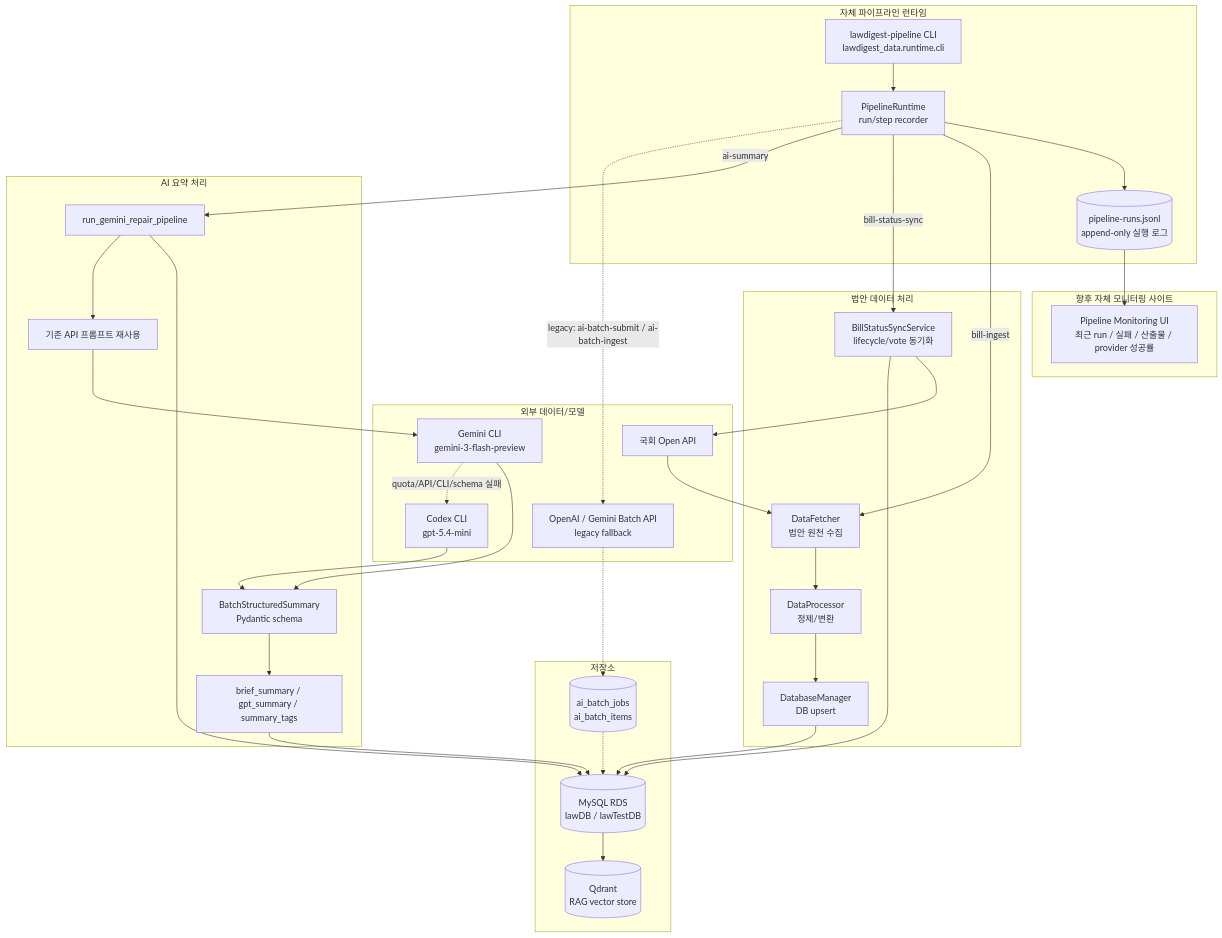
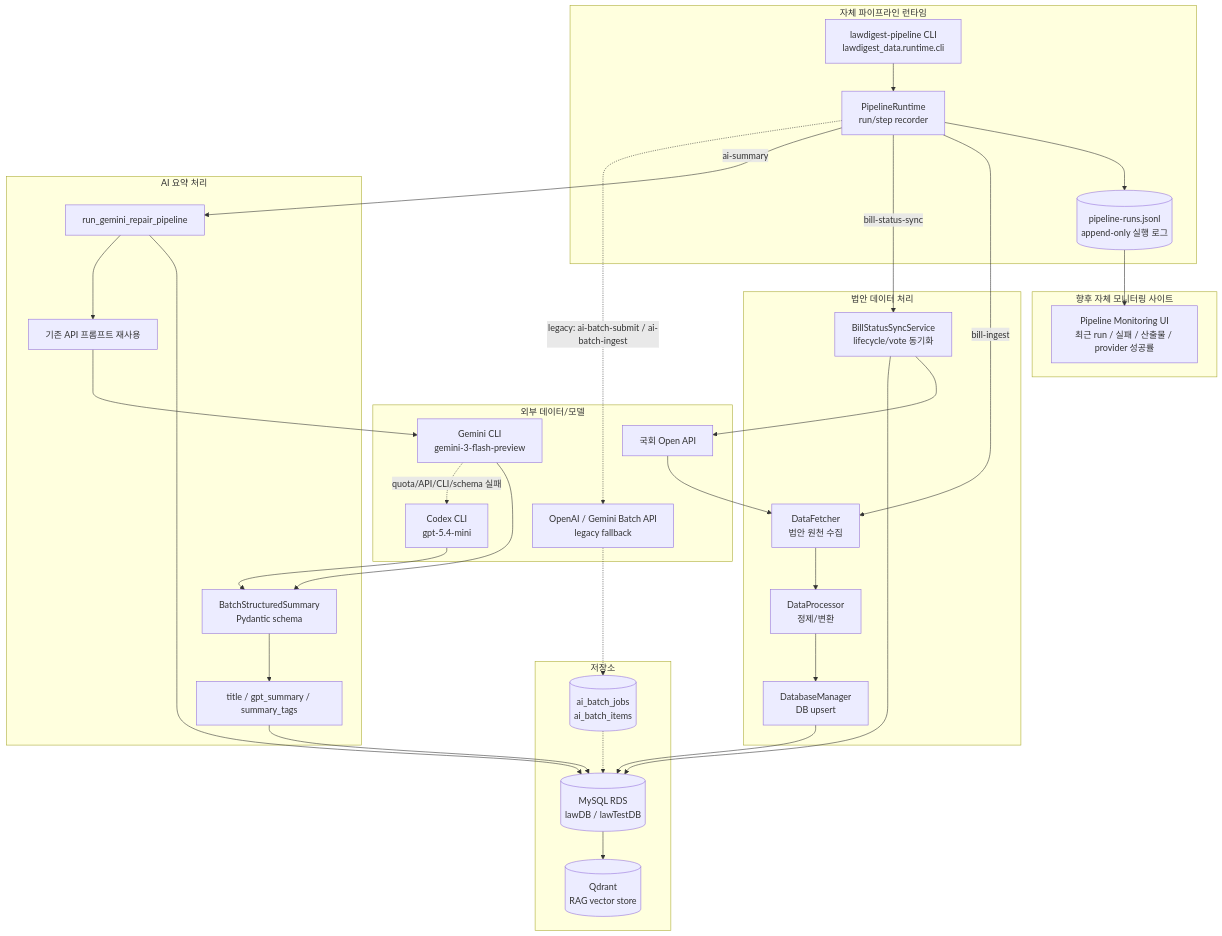
One commit to LawDigest/LawDigest changed the first of 3 diagrams in docs/data/법안 데이터 파이프라인/pipeline_architecture.md. Above: the diagram before and after it, drawn with Mermaid. The commit also changed other lines of this file and 75 other files, not shown here.

````diff
--- a/docs/data/법안 데이터 파이프라인/pipeline_architecture.md
+++ b/docs/data/법안 데이터 파이프라인/pipeline_architecture.md
@@ -29,69 +29,69 @@
 ```mermaid
 flowchart TB
     subgraph External["외부 데이터/모델"]
         Assembly["국회 Open API"]
         Codex["Codex CLI<br/>gpt-5.4-mini"]
         Gemini["Gemini CLI<br/>gemini-3-flash-preview"]
         OpenAI["OpenAI / Gemini Batch API<br/>legacy fallback"]
     end
 
     subgraph Runtime["자체 파이프라인 런타임"]
         CLI["lawdigest-pipeline CLI<br/>lawdigest_data.runtime.cli"]
         RuntimeCore["PipelineRuntime<br/>run/step recorder"]
         Log[("pipeline-runs.jsonl<br/>append-only 실행 로그")]
     end
 
     subgraph DataPipeline["법안 데이터 처리"]
         Fetcher["DataFetcher<br/>법안 원천 수집"]
         Processor["DataProcessor<br/>정제/변환"]
         DBManager["DatabaseManager<br/>DB upsert"]
         StatusSync["BillStatusSyncService<br/>lifecycle/vote 동기화"]
     end
 
     subgraph AI["AI 요약 처리"]
         RepairPipeline["run_gemini_repair_pipeline"]
         Prompt["기존 API 프롬프트 재사용"]
         Schema["BatchStructuredSummary<br/>Pydantic schema"]
-        SummaryCols["brief_summary / gpt_summary / summary_tags"]
+        SummaryCols["title / gpt_summary / summary_tags"]
     end
 
     subgraph Storage["저장소"]
         MySQL[("MySQL RDS<br/>lawDB / lawTestDB")]
         BatchTables[("ai_batch_jobs<br/>ai_batch_items")]
         Qdrant[("Qdrant<br/>RAG vector store")]
     end
 
     subgraph Monitoring["향후 자체 모니터링 사이트"]
         Monitor["Pipeline Monitoring UI<br/>최근 run / 실패 / 산출물 / provider 성공률"]
     end
 
     CLI --> RuntimeCore
     RuntimeCore --> Log
     Log --> Monitor
 
     RuntimeCore -->|"bill-ingest"| Fetcher
     Assembly --> Fetcher
     Fetcher --> Processor
     Processor --> DBManager
     DBManager --> MySQL
 
     RuntimeCore -->|"bill-status-sync"| StatusSync
     StatusSync --> Assembly
     StatusSync --> MySQL
 
     RuntimeCore -->|"ai-summary"| RepairPipeline
     RepairPipeline --> MySQL
     RepairPipeline --> Prompt
     Prompt --> Gemini
     Gemini --> Schema
     Gemini -. "quota/API/CLI/schema 실패" .-> Codex
     Codex --> Schema
     Schema --> SummaryCols
     SummaryCols --> MySQL
 
     RuntimeCore -. "legacy: ai-batch-submit / ai-batch-ingest" .-> OpenAI
     OpenAI -.-> BatchTables
     BatchTables -.-> MySQL
 
     MySQL --> Qdrant
 ```
````
